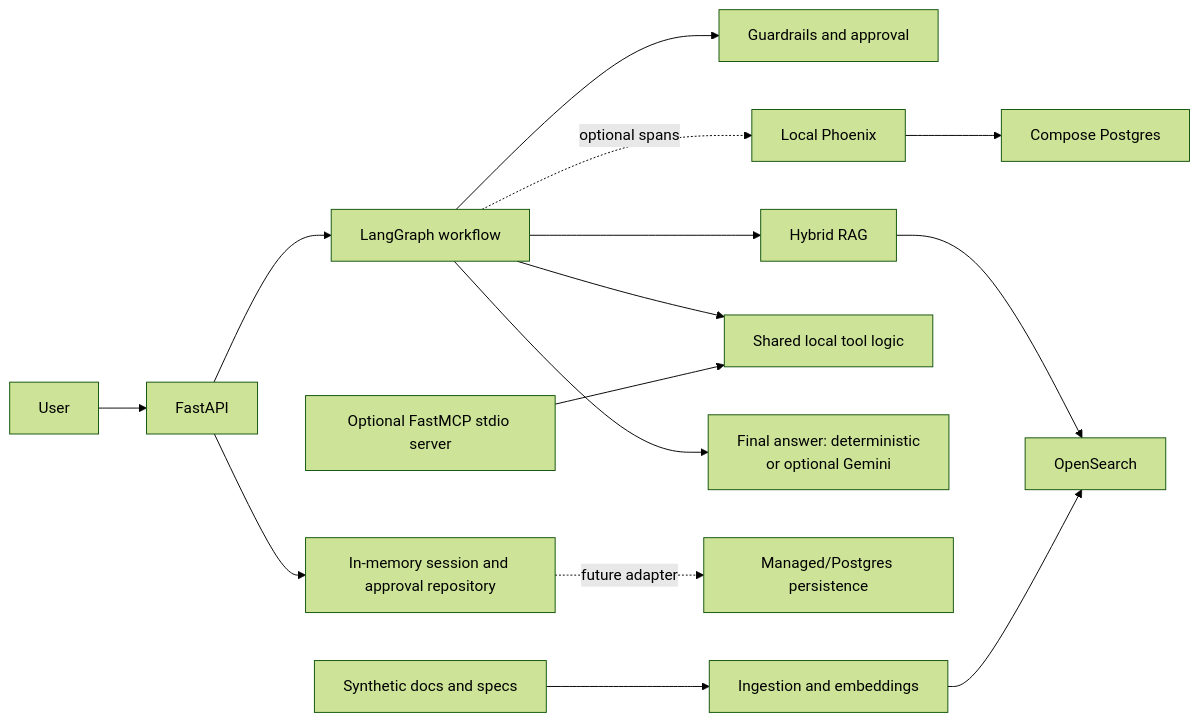
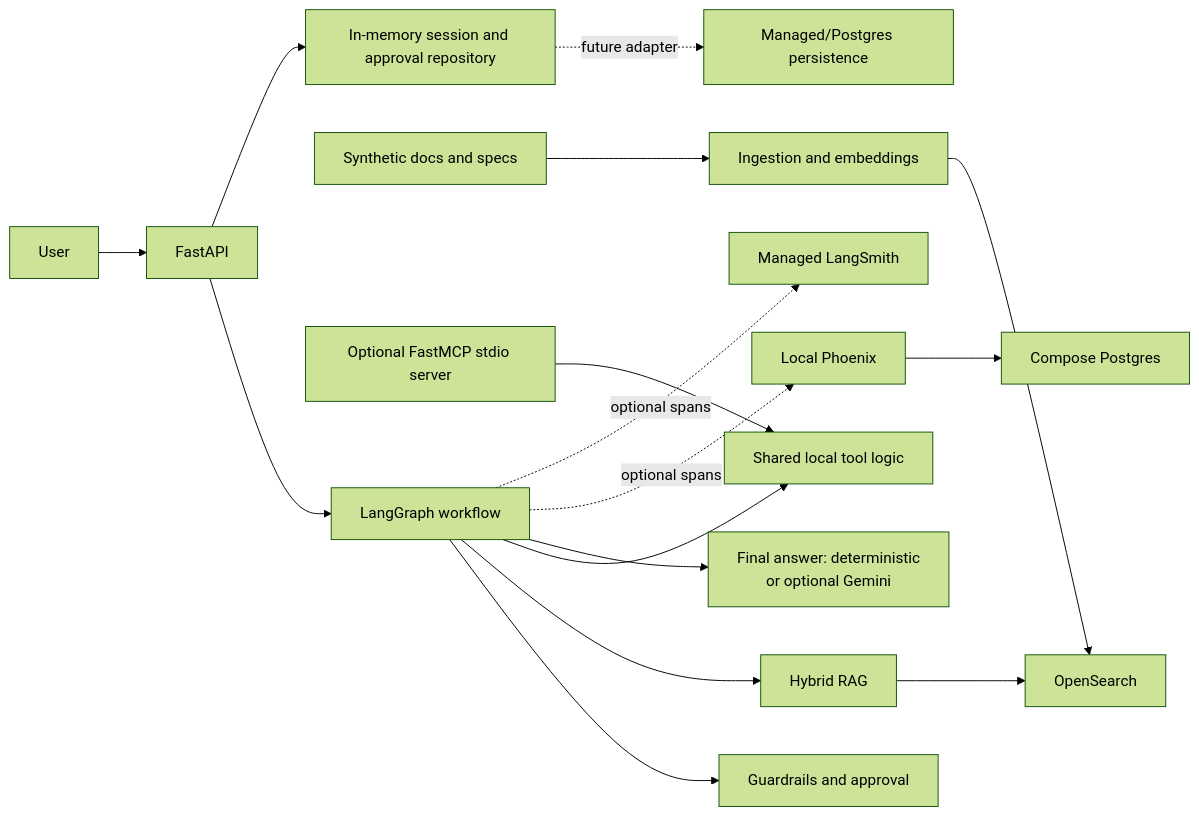
Before and after one commit to tonih23/enterprise-api-intelligence-agent: the first of 2 diagrams in docs/architecture.md, drawn with Mermaid (forest theme). The commit also changed other lines of this file and 24 other files, not shown here.

Commit message:
Add optional LangSmith tracing

````diff
--- a/docs/architecture.md
+++ b/docs/architecture.md
@@ -13,17 +13,18 @@
 ```mermaid
 flowchart LR
     User["User"] --> API["FastAPI"]
     API --> Graph["LangGraph workflow"]
     Graph --> Guard["Guardrails and approval"]
     Graph --> RAG["Hybrid RAG"]
     RAG --> OS["OpenSearch"]
     Corpus["Synthetic docs and specs"] --> Ingest["Ingestion and embeddings"]
     Ingest --> OS
     Graph --> Tools["Shared local tool logic"]
     Graph --> Answer["Final answer: deterministic<br/>or optional Gemini"]
     MCP["Optional FastMCP stdio server"] --> Tools
     API --> Repo["In-memory session and approval repository"]
     Repo -. "future adapter" .-> PG["Managed/Postgres persistence"]
     Graph -. "optional spans" .-> Phoenix["Local Phoenix"]
+    Graph -. "optional spans" .-> LangSmith["Managed LangSmith"]
     Phoenix --> LocalPG["Compose Postgres"]
 ```
````
